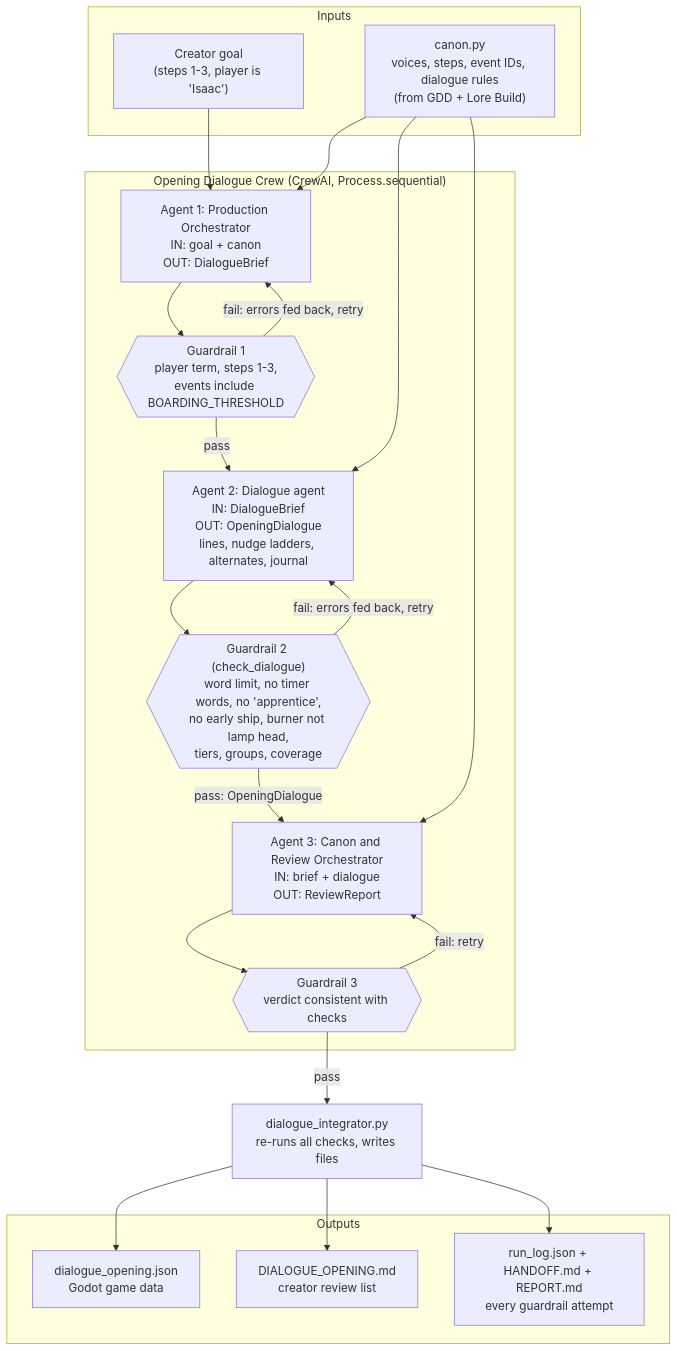
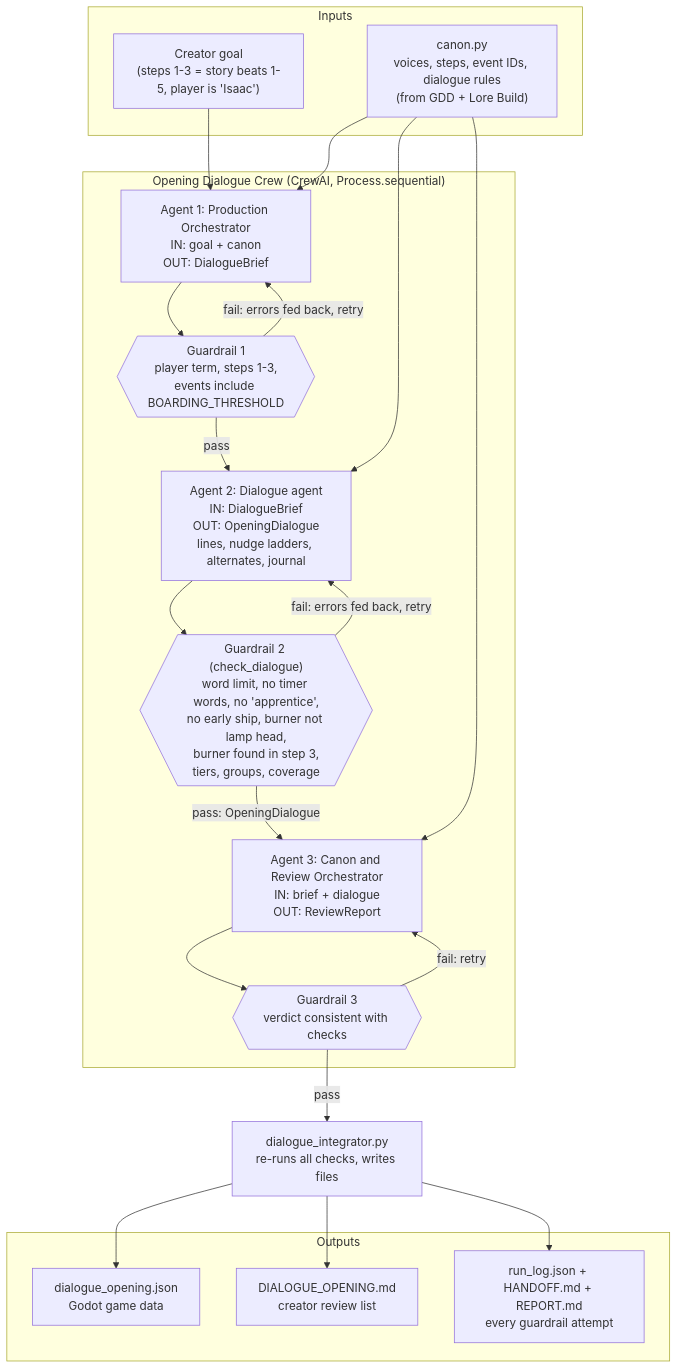
Before and after one commit to keanetheory/AI_GameDev: the diagram in AIAgentCrew/dialogue_crew_architecture.mermaid, drawn with Mermaid. The commit also changed 73 other files, not shown here.

```diff
--- a/AIAgentCrew/dialogue_crew_architecture.mermaid
+++ b/AIAgentCrew/dialogue_crew_architecture.mermaid
@@ -1,35 +1,35 @@
 flowchart TD
     subgraph IN["Inputs"]
-        GOAL["Creator goal<br/>(steps 1-3, player is 'Isaac')"]
+        GOAL["Creator goal<br/>(steps 1-3 = story beats 1-5, player is 'Isaac')"]
         CANON["canon.py<br/>voices, steps, event IDs, dialogue rules<br/>(from GDD + Lore Build)"]
     end
 
     subgraph CREW["Opening Dialogue Crew (CrewAI, Process.sequential)"]
         A1["Agent 1: Production Orchestrator<br/>IN: goal + canon<br/>OUT: DialogueBrief"]
         G1{{"Guardrail 1<br/>player term, steps 1-3,<br/>events include BOARDING_THRESHOLD"}}
         A2["Agent 2: Dialogue agent<br/>IN: DialogueBrief<br/>OUT: OpeningDialogue<br/>lines, nudge ladders, alternates, journal"]
-        G2{{"Guardrail 2 (check_dialogue)<br/>word limit, no timer words, no 'apprentice',<br/>no early ship, burner not lamp head,<br/>tiers, groups, coverage"}}
+        G2{{"Guardrail 2 (check_dialogue)<br/>word limit, no timer words, no 'apprentice',<br/>no early ship, burner not lamp head,<br/>burner found in step 3,<br/>tiers, groups, coverage"}}
         A3["Agent 3: Canon and Review Orchestrator<br/>IN: brief + dialogue<br/>OUT: ReviewReport"]
         G3{{"Guardrail 3<br/>verdict consistent with checks"}}
     end
 
     INT["dialogue_integrator.py<br/>re-runs all checks, writes files"]
 
     subgraph OUT["Outputs"]
         JSON["dialogue_opening.json<br/>Godot game data"]
         MD["DIALOGUE_OPENING.md<br/>creator review list"]
         LOG["run_log.json + HANDOFF.md + REPORT.md<br/>every guardrail attempt"]
     end
 
     GOAL --> A1
     CANON --> A1 & A2 & A3
     A1 --> G1
     G1 -- "fail: errors fed back, retry" --> A1
     G1 -- "pass" --> A2
     A2 --> G2
     G2 -- "fail: errors fed back, retry" --> A2
     G2 -- "pass: OpeningDialogue" --> A3
     A3 --> G3
     G3 -- "fail: retry" --> A3
     G3 -- "pass" --> INT
     INT --> JSON & MD & LOG
```
